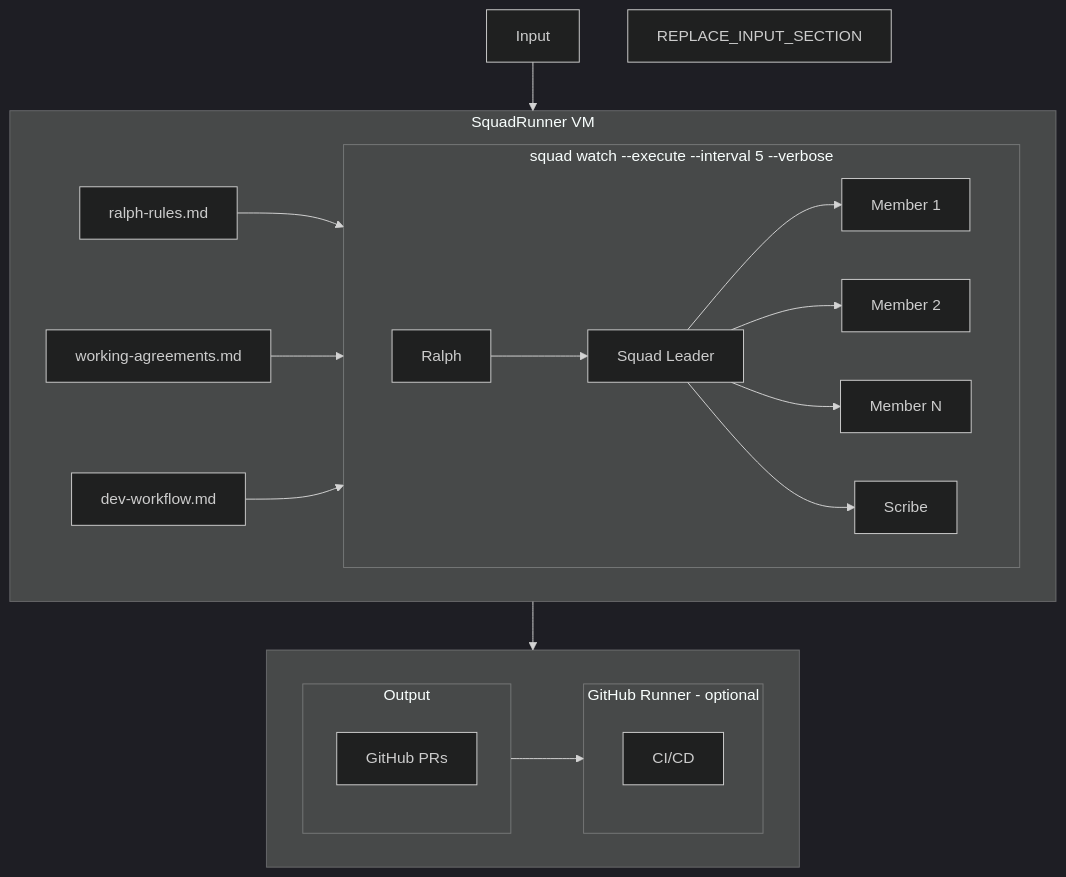
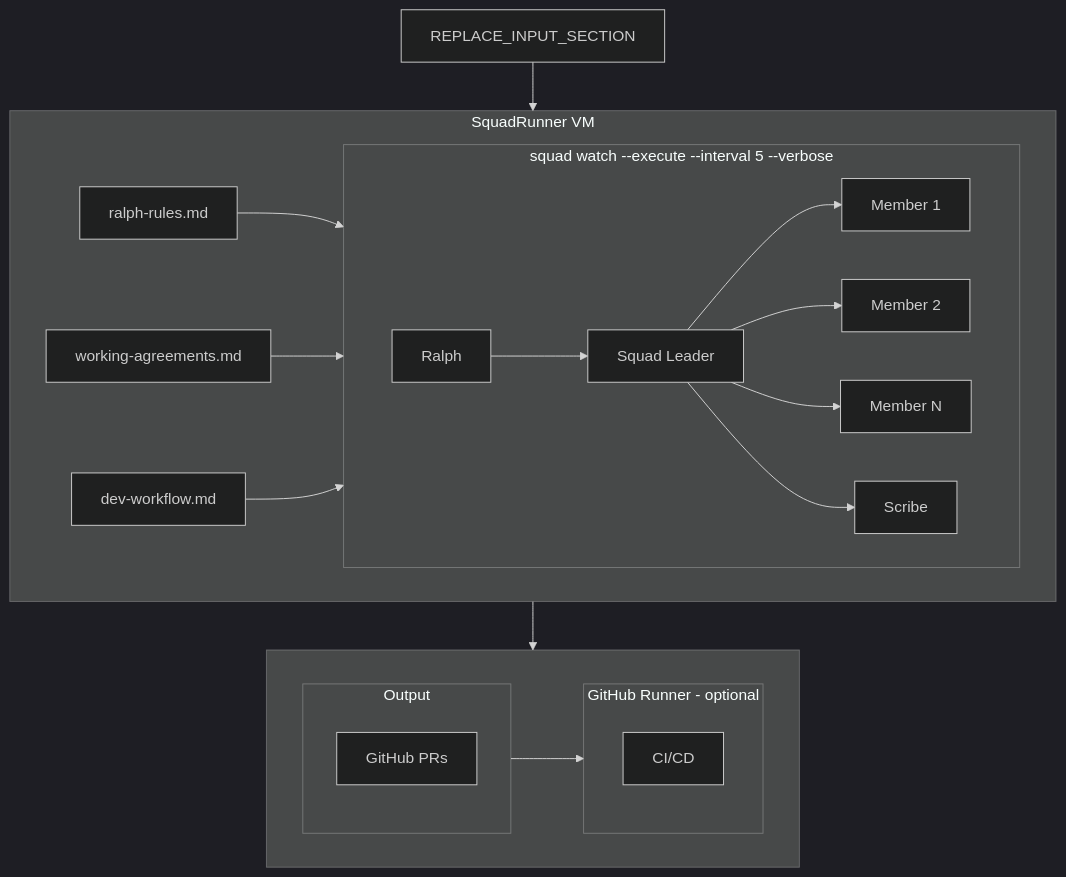
The diagram in README.md (TheeUnderdog/SquadRunner), drawn with Mermaid (dark theme) before and after one commit.

Commit message:
Update flowchart to include REPLACE_INPUT_SECTION

````diff
--- a/README.md
+++ b/README.md
@@ -9,32 +9,32 @@
 ```mermaid
 flowchart TD
     
-    Input --> VM
-    REPLACE_INPUT_SECTION
+    REPLACE_INPUT_SECTION --> VM
+    
     subgraph VM[SquadRunner VM]
         RR[ralph-rules.md] --> SW
         WA[working-agreements.md] --> SW
         DW[dev-workflow.md] --> SW
         subgraph SW[squad watch --execute --interval 5 --verbose]
             direction LR
             R[Ralph] --> SL[Squad Leader]
             SL --> M1[Member 1]
             SL --> M2[Member 2]
             SL --> MN[Member N]
             SL --> SC[Scribe]
         end
     end
     
     VM --> Bottom
     
     subgraph Bottom[ ]
         direction LR
         subgraph Output
             PR[GitHub PRs]
         end
         Output --> Runner
         subgraph Runner[GitHub Runner - optional]
             CI[CI/CD]
         end
     end
 ```
````
